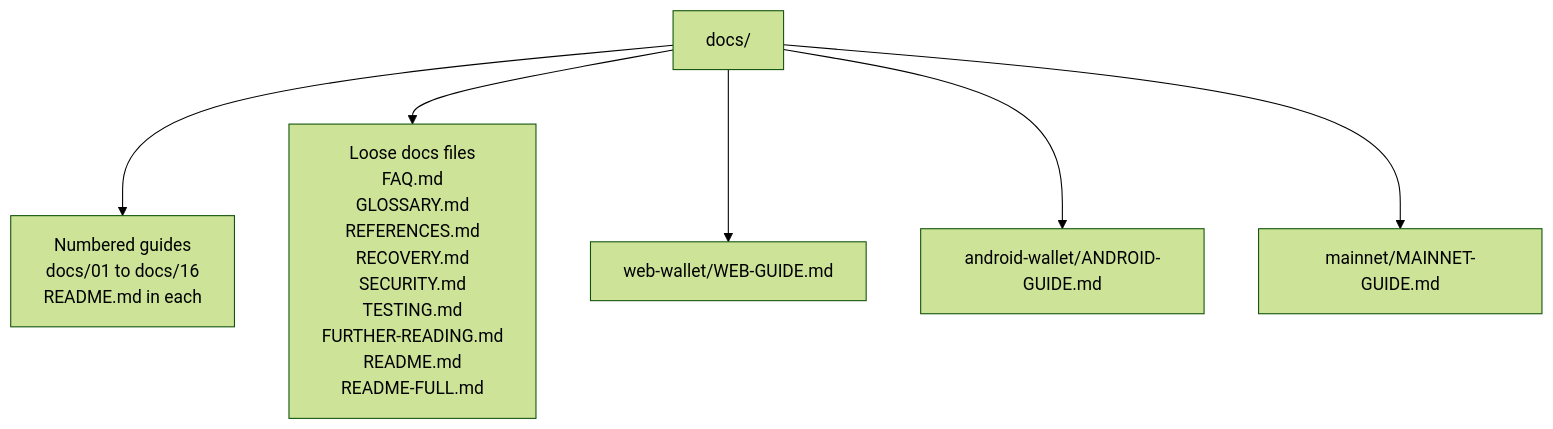
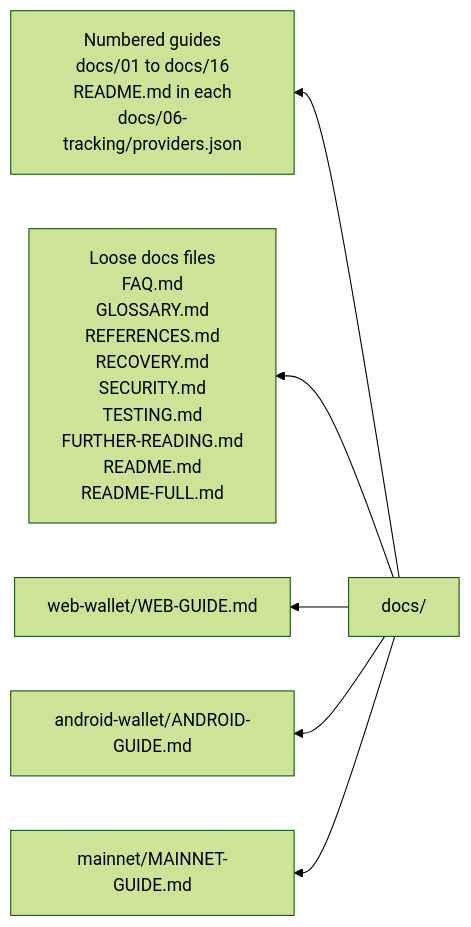
One commit to Pr3eve6ti2o/bawa changed the eighth of 9 diagrams in README.md. Above: the diagram before and after it, drawn with Mermaid (forest theme). The commit also changed other lines of this file, not shown here.

First line of the commit message:
Fit README diagrams for mobile and desktop; fix diagram content

````diff
--- a/README.md
+++ b/README.md
@@ -209,12 +218,12 @@
 ```mermaid
-flowchart TB
+flowchart RL
   accTitle: Bawa main structure at commit 667527e - docs/
   accDescr: Layout verified at commit 667527e, with grouped documentation under docs/.
 
   docs["docs/"]
-  docs --> guides["Numbered guides<br/>docs/01 to docs/16<br/>README.md in each"]
+  docs --> guides["Numbered guides<br/>docs/01 to docs/16<br/>README.md in each<br/>docs/06-tracking/providers.json"]
   docs --> loose["Loose docs files<br/>FAQ.md<br/>GLOSSARY.md<br/>REFERENCES.md<br/>RECOVERY.md<br/>SECURITY.md<br/>TESTING.md<br/>FURTHER-READING.md<br/>README.md<br/>README-FULL.md"]
   docs --> web["web-wallet/WEB-GUIDE.md"]
   docs --> android["android-wallet/ANDROID-GUIDE.md"]
   docs --> mainnet["mainnet/MAINNET-GUIDE.md"]
 ```
````
